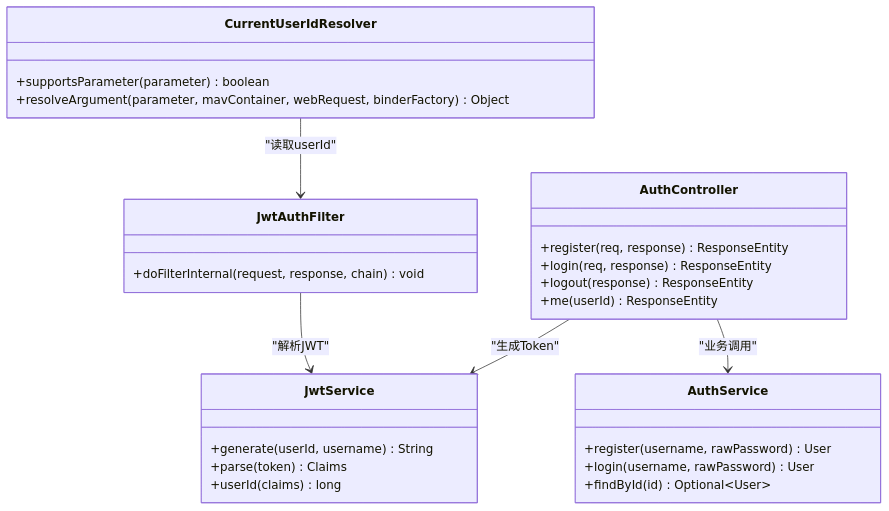
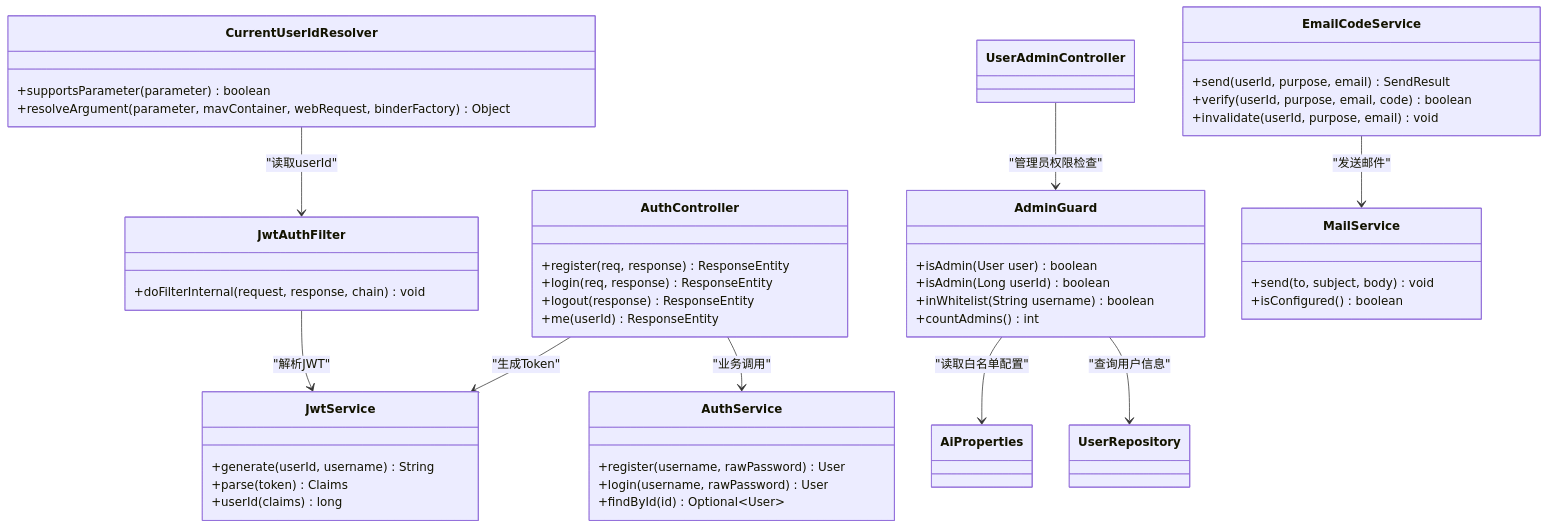
Before and after one commit to huangman881112/aiforip: the sixth of 6 diagrams in .qoder/repowiki/zh/content/安全与认证/安全与认证.md, drawn with Mermaid. The commit also changed other lines of this file and 98 other files, not shown here.

````diff
--- a/.qoder/repowiki/zh/content/安全与认证/安全与认证.md
+++ b/.qoder/repowiki/zh/content/安全与认证/安全与认证.md
@@ -218,30 +333,49 @@
 ```mermaid
 classDiagram
 class JwtService {
 +generate(userId, username) String
 +parse(token) Claims
 +userId(claims) long
 }
 class JwtAuthFilter {
 +doFilterInternal(request, response, chain) void
 }
 class CurrentUserIdResolver {
 +supportsParameter(parameter) boolean
 +resolveArgument(parameter, mavContainer, webRequest, binderFactory) Object
 }
 class AuthController {
 +register(req, response) ResponseEntity
 +login(req, response) ResponseEntity
 +logout(response) ResponseEntity
 +me(userId) ResponseEntity
 }
 class AuthService {
 +register(username, rawPassword) User
 +login(username, rawPassword) User
 +findById(id) Optional~User~
 }
+class AdminGuard {
++isAdmin(User user) boolean
++isAdmin(Long userId) boolean
++inWhitelist(String username) boolean
++countAdmins() int
+}
+class EmailCodeService {
++send(userId, purpose, email) SendResult
++verify(userId, purpose, email, code) boolean
++invalidate(userId, purpose, email) void
+}
+class MailService {
++send(to, subject, body) void
++isConfigured() boolean
+}
 JwtAuthFilter --> JwtService : "解析JWT"
 CurrentUserIdResolver --> JwtAuthFilter : "读取userId"
 AuthController --> AuthService : "业务调用"
 AuthController --> JwtService : "生成Token"
+UserAdminController --> AdminGuard : "管理员权限检查"
+EmailCodeService --> MailService : "发送邮件"
+AdminGuard --> UserRepository : "查询用户信息"
+AdminGuard --> AiProperties : "读取白名单配置"
 ```
````
